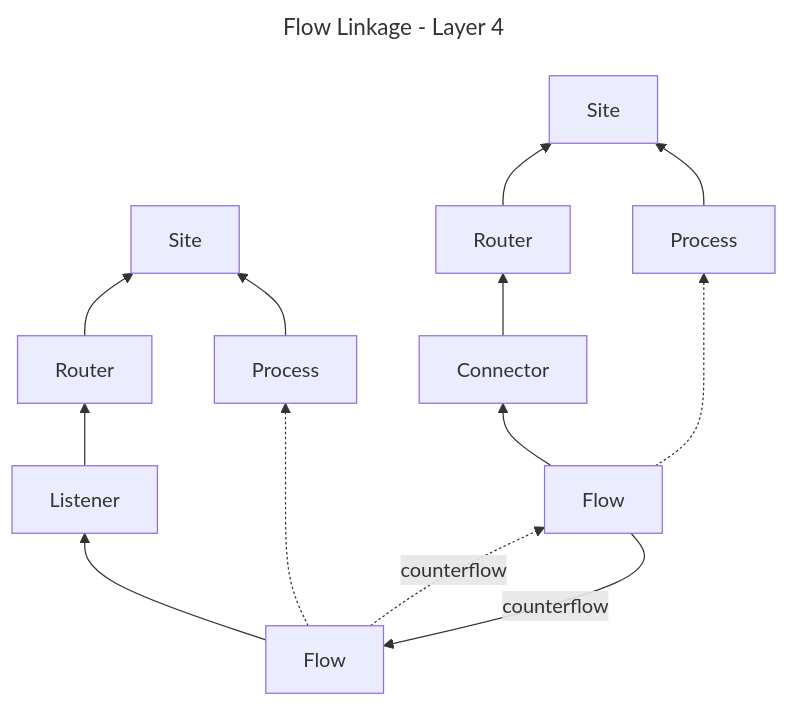
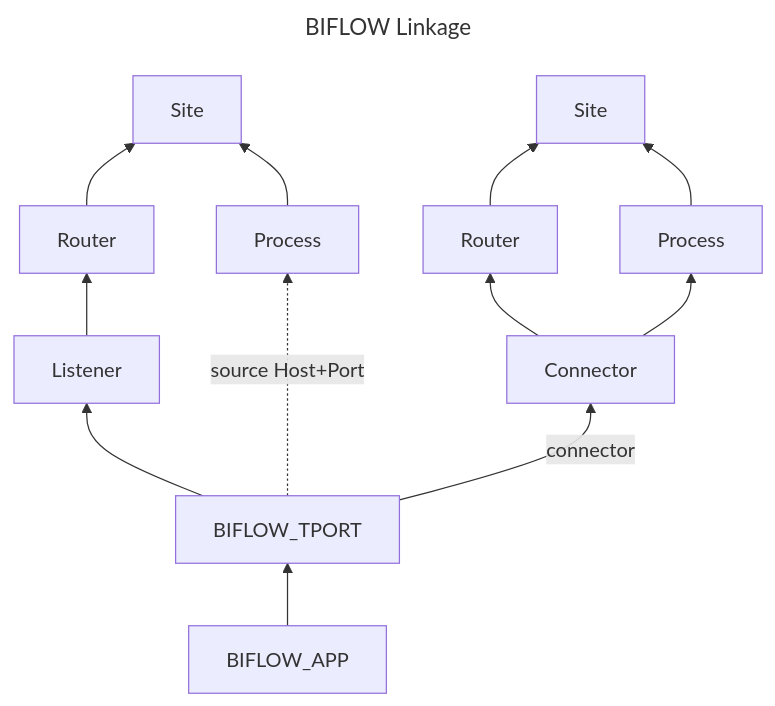
The second of 2 diagrams in README.md (c-kruse/vanflow-specification), drawn with Mermaid before and after one commit. The commit also changed other lines of this file, not shown here.

Commit message:
Document BIFLOW record types and relations

````diff
--- a/README.md
+++ b/README.md
@@ -428,21 +450,22 @@
 ```mermaid
 ---
-title: Flow Linkage - Layer 4
+title: BIFLOW Linkage
 ---
 flowchart BT;
     sL["Site"];
     rL["Router"] -->sL;
     Listener --> rL;
+
     pL["Process"] --> sL;
-    fL["Flow"] --> Listener;
-    fL -.-> pL;
     sC["Site"];
     rC["Router"] -->sC;
     Connector --> rC;
+    Connector --> pC;
     pC["Process"] --> sC;
-    fC["Flow"] --> Connector;
-    fC -.-> pC;
 
-    fC --> |counterflow| fL;
-    fL -.-> |counterflow| fC;
+    bf["BIFLOW_TPORT"] --> Listener;
+    bf --> |connector| Connector;
+    bf -.-> |source Host+Port| pL;
+
+    bfapp["BIFLOW_APP"] --> bf;
 ```
````
